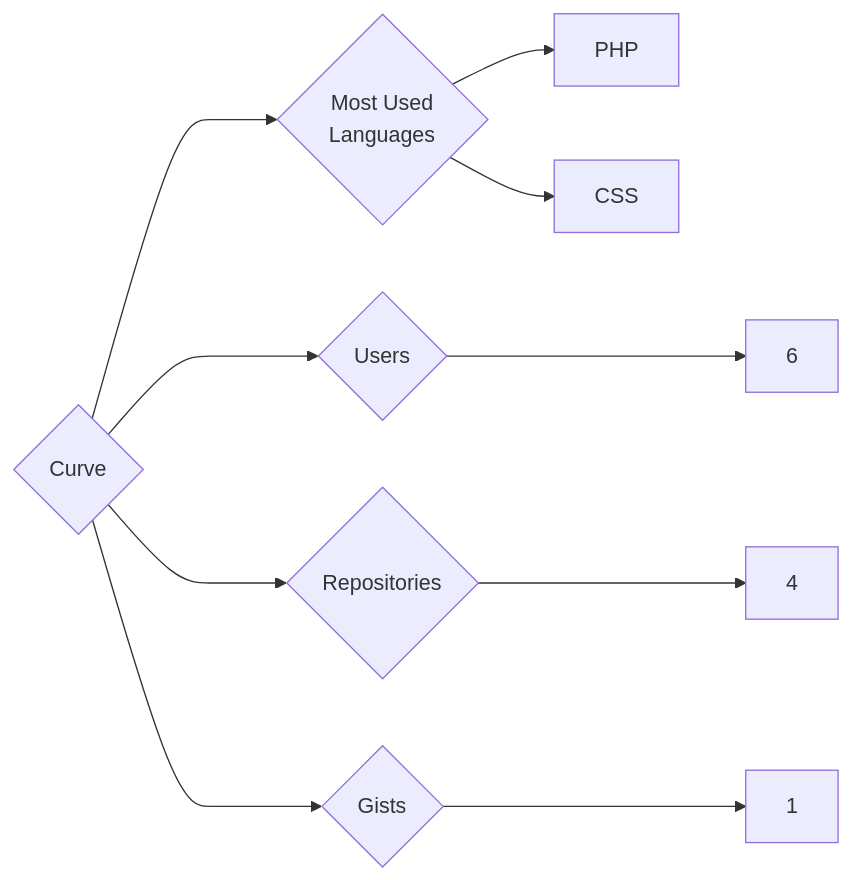
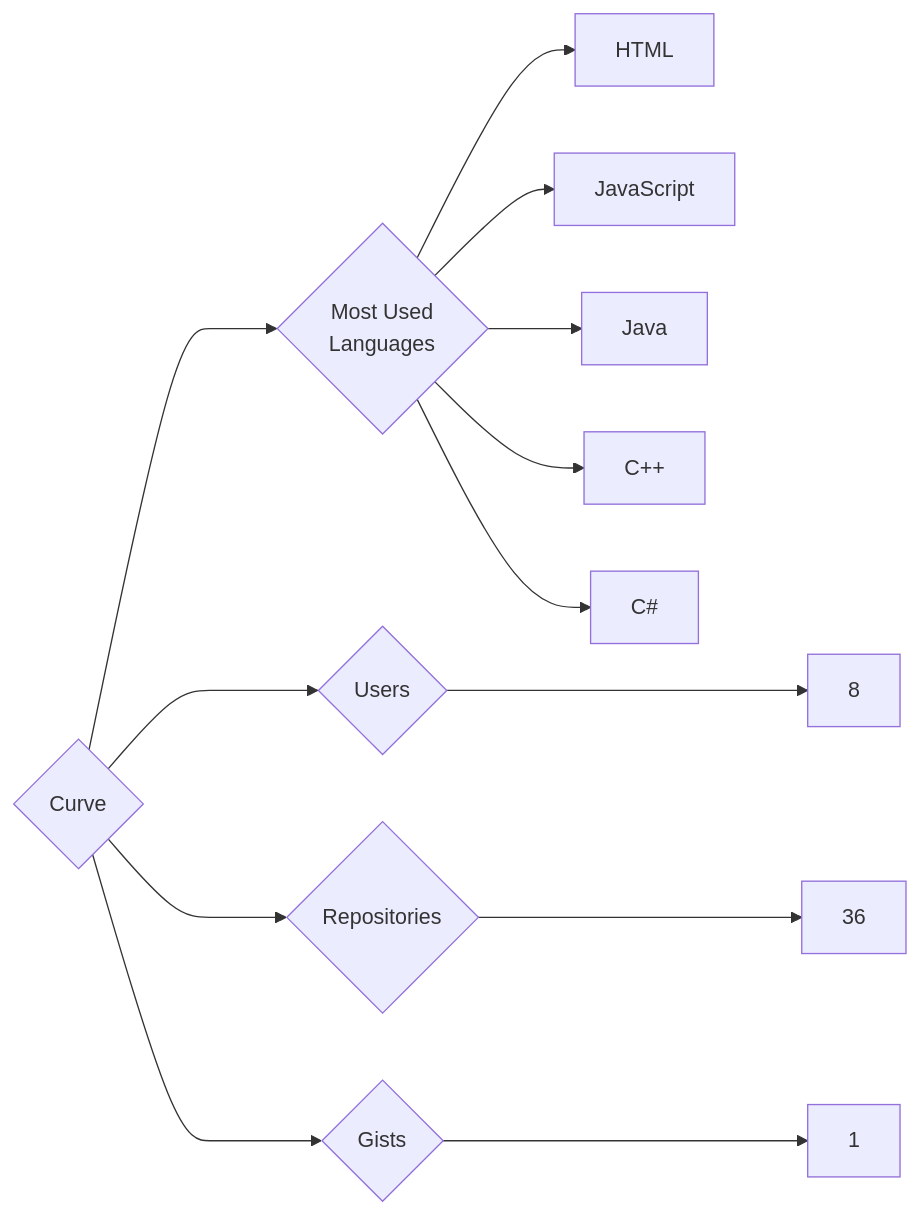
Before and after one commit to trickest/insiders: the diagram in targets/Curve/README.md, drawn with Mermaid. The commit also changed 914 other files, not shown here.

````diff
--- a/targets/Curve/README.md
+++ b/targets/Curve/README.md
@@ -3,10 +3,13 @@
 ```mermaid
 graph LR
 COMPANY_NAME{Curve}
-COMPANY_NAME ---> U{Users} ---> UN[6]
-COMPANY_NAME ---> R{Repositories} ---> RN[4]
+COMPANY_NAME ---> U{Users} ---> UN[8]
+COMPANY_NAME ---> R{Repositories} ---> RN[36]
 COMPANY_NAME ---> G{Gists} ---> GN[1]
 COMPANY_NAME ---> ML{Most Used<br>Languages}
-ML --> PHP[PHP]
-ML --> CSS[CSS]
+ML --> HTML[HTML]
+ML --> JavaScript[JavaScript]
+ML --> Java[Java]
+ML --> C++[C++]
+ML --> C#[C#]
 ```
````
